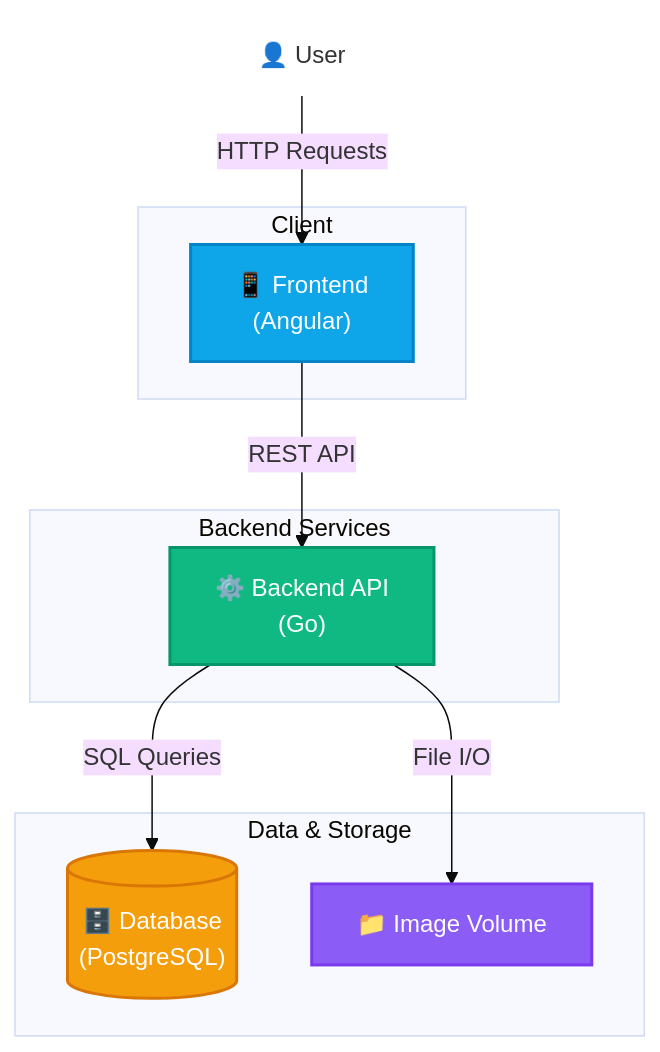
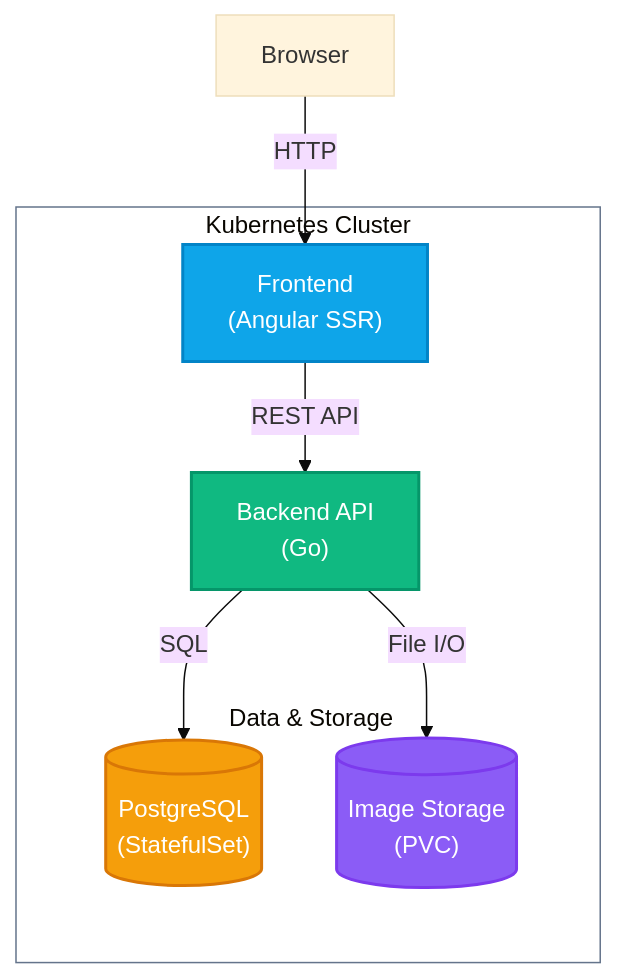
Before and after one commit to robbdimitrov/pixelgram: the diagram in README.md, drawn with Mermaid (base theme). The commit also changed other lines of this file, not shown here.

Commit message:
Update README architecture diagram

````diff
--- a/README.md
+++ b/README.md
@@ -18,28 +18,27 @@
 ```mermaid
 graph TD
-    classDef user fill:transparent,stroke:transparent
+    Browser["Browser"]
+
+    subgraph cluster ["Kubernetes Cluster"]
+        Web["Frontend<br>(Angular SSR)"]:::frontend
+        API["Backend API<br>(Go)"]:::backend
+
+        subgraph data ["Data & Storage"]
+            DB[("PostgreSQL<br>(StatefulSet)")]:::database
+            Vol[("Image Storage<br>(PVC)")]:::storage
+        end
+    end
+
+    Browser -->|HTTP| Web
+    Web -->|REST API| API
+    API -->|SQL| DB
+    API -->|File I/O| Vol
+
     classDef frontend fill:#0ea5e9,stroke:#0284c7,stroke-width:2px,color:#fff
     classDef backend fill:#10b981,stroke:#059669,stroke-width:2px,color:#fff
     classDef database fill:#f59e0b,stroke:#d97706,stroke-width:2px,color:#fff
     classDef storage fill:#8b5cf6,stroke:#7c3aed,stroke-width:2px,color:#fff
-    
-    User["👤 User"]:::user
 
-    subgraph Client ["Client"]
-        FE["📱 Frontend<br/>(Angular)"]:::frontend
-    end
-
-    subgraph Services ["Backend Services"]
-        BE["⚙️ Backend API<br/>(Go)"]:::backend
-    end
-
-    subgraph Data ["Data & Storage"]
-        DB[("🗄️ Database<br/>(PostgreSQL)")]:::database
-        Vol["📁 Image Volume"]:::storage
-    end
-
-    User -->|HTTP Requests| FE
-    FE -->|REST API| BE
-    BE -->|SQL Queries| DB
-    BE -->|File I/O| Vol
+    style cluster fill:transparent,stroke:#64748b
+    style data fill:transparent,stroke:transparent
 ```
````
